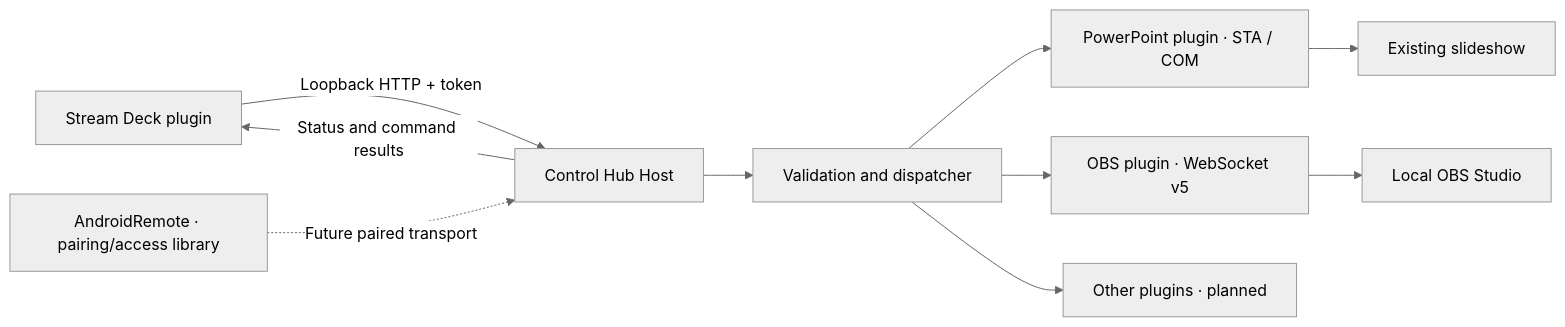
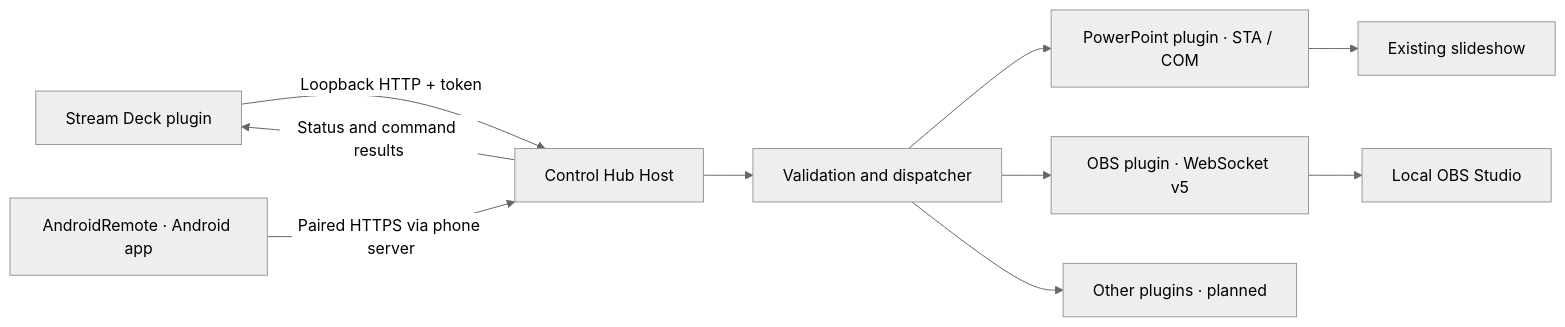
The diagram in docs/project.en.md (thebonden/Control_Hub), drawn with Mermaid (neutral theme) before and after one commit. The commit also changed other lines of this file and 35 other files, not shown here.

Commit message:
Par AndroidRemote over HTTPS og byg APK / Pair AndroidRemote over HTTPS and build APK

````diff
--- a/docs/project.en.md
+++ b/docs/project.en.md
@@ -25,12 +25,12 @@
 ```mermaid
 flowchart LR
     SD["Stream Deck plugin"] -->|"Loopback HTTP + token"| H["Control Hub Host"]
-    AR["AndroidRemote · pairing/access library"] -.->|"Future paired transport"| H
+    AR["AndroidRemote · Android app"] -->|"Paired HTTPS via phone server"| H
     H --> C["Validation and dispatcher"]
     C --> P["PowerPoint plugin · STA / COM"]
     C --> O["OBS plugin · WebSocket v5"]
     C --> X["Other plugins · planned"]
     P --> PP["Existing slideshow"]
     O --> OBS["Local OBS Studio"]
     H -->|"Status and command results"| SD
 ```
````
